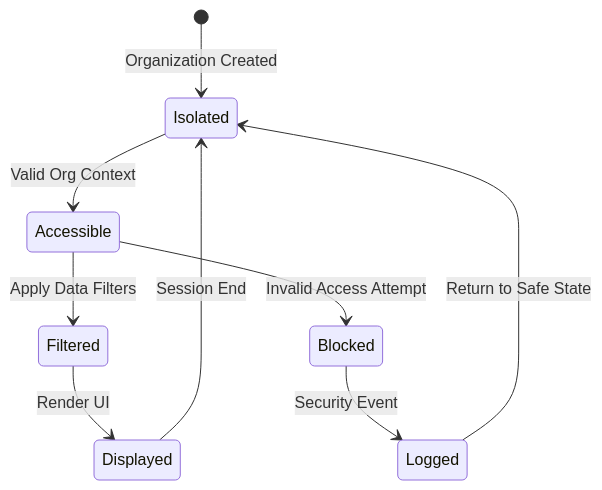
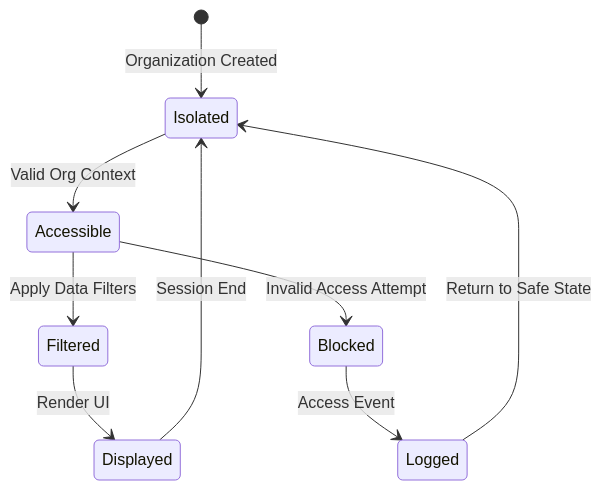
Before and after one commit to pzcuongnextchain/ai-smartlearn2-docs: the ninth of 11 diagrams in ai-smart-learning-renewal/super-admin/multi-admin-management/flows-and-diagrams.md, drawn with Mermaid. The commit also changed other lines of this file and 4 other files, not shown here.

````diff
--- a/ai-smart-learning-renewal/super-admin/multi-admin-management/flows-and-diagrams.md
+++ b/ai-smart-learning-renewal/super-admin/multi-admin-management/flows-and-diagrams.md
@@ -181,12 +181,12 @@
 ```mermaid
 stateDiagram-v2
     [*] --> Isolated: Organization Created
     Isolated --> Accessible: Valid Org Context
     Accessible --> Filtered: Apply Data Filters
     Filtered --> Displayed: Render UI
     Displayed --> Isolated: Session End
     
     Accessible --> Blocked: Invalid Access Attempt
-    Blocked --> Logged: Security Event
+    Blocked --> Logged: Access Event
     Logged --> Isolated: Return to Safe State
 ```
````
